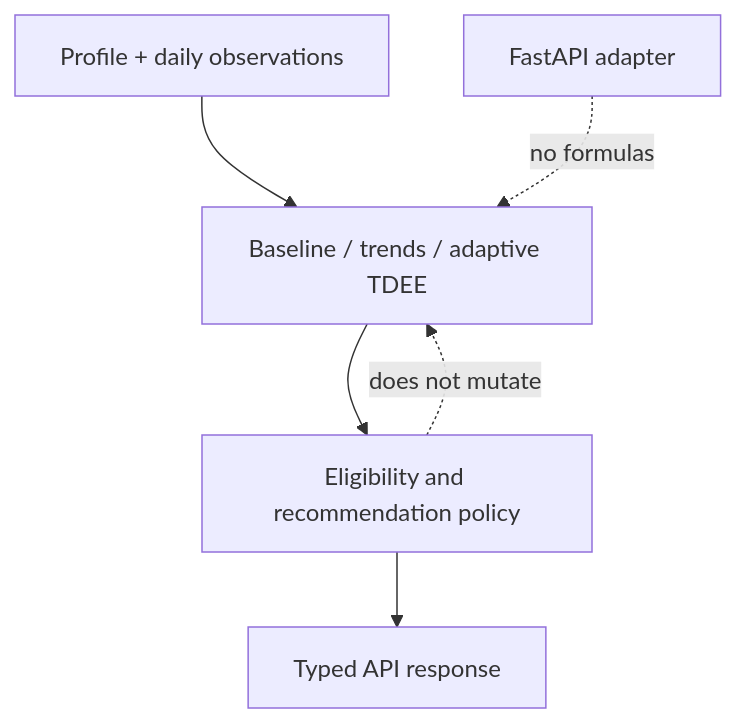
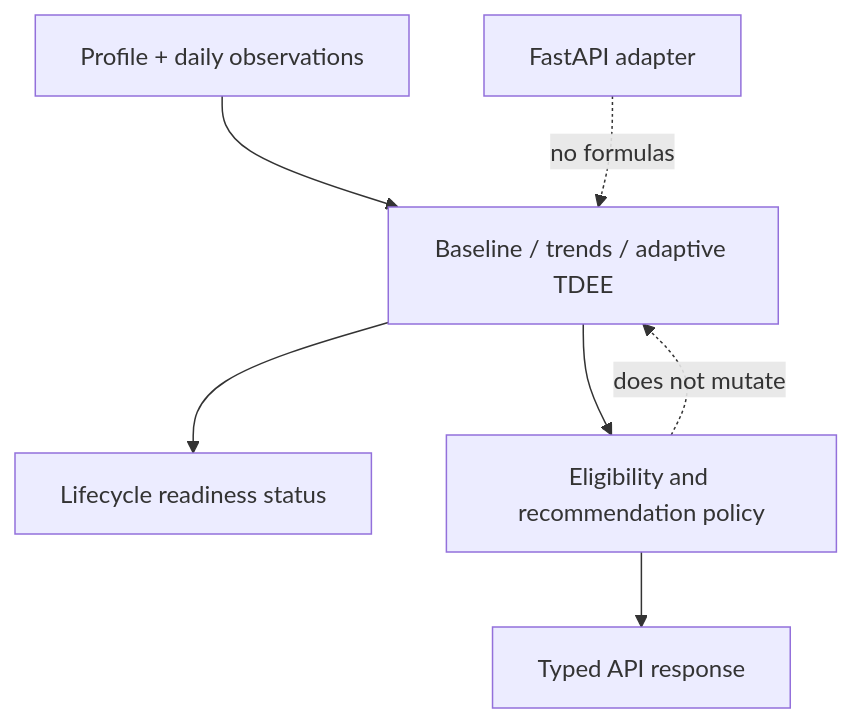
One commit to aristostheo/fitadapt changed the first of 2 diagrams in README.md. Above: the diagram before and after it, drawn with Mermaid. The commit also changed other lines of this file and 15 other files, not shown here.

Commit message:
feat: add personalization lifecycle status

````diff
--- a/README.md
+++ b/README.md
@@ -37,8 +37,9 @@
 ```mermaid
 flowchart TD
     P[Profile + daily observations] --> B[Baseline / trends / adaptive TDEE]
+    B --> L[Lifecycle readiness status]
     B --> E[Eligibility and recommendation policy]
     E --> A[Typed API response]
     F[FastAPI adapter] -. no formulas .-> B
     E -. does not mutate .-> B
 ```
````
